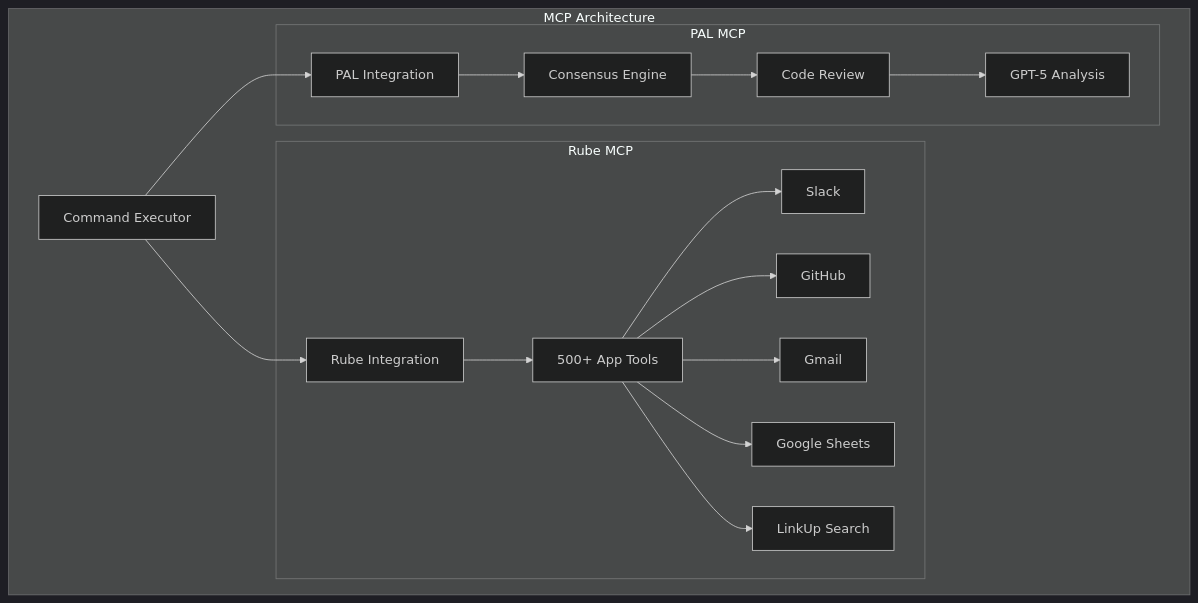
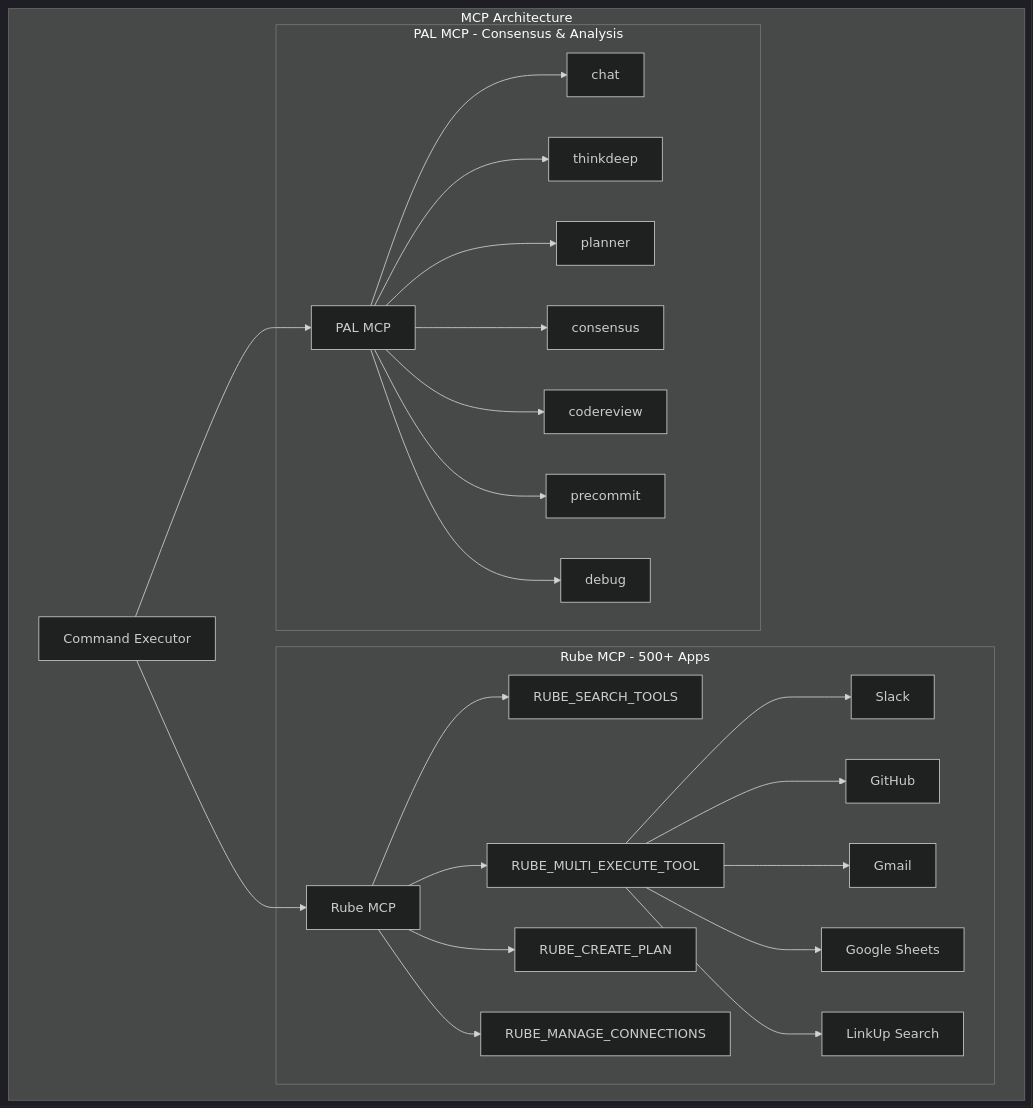
Diagram 11 of 15 in README.md (Tony363/SuperClaude), drawn with Mermaid (dark theme) before and after one commit. The commit also changed other lines of this file and 10 other files, not shown here.

First line of the commit message:
feat: simplify to Python 3.10, add PAL MCP review, update README

````diff
--- a/README.md
+++ b/README.md
@@ -492,24 +445,32 @@
 ```mermaid
 graph TB
     subgraph "MCP Architecture"
         Executor[Command Executor]
 
-        Executor --> RubeInt[Rube Integration]
-        Executor --> PALInt[PAL Integration]
+        Executor --> RubeInt[Rube MCP]
+        Executor --> PALInt[PAL MCP]
 
-        subgraph "Rube MCP"
-            RubeInt --> Tools[500+ App Tools]
-            Tools --> Slack[Slack]
-            Tools --> GitHub[GitHub]
-            Tools --> Gmail[Gmail]
-            Tools --> Sheets[Google Sheets]
-            Tools --> LinkUp[LinkUp Search]
+        subgraph "Rube MCP - 500+ Apps"
+            RubeInt --> Search[RUBE_SEARCH_TOOLS]
+            RubeInt --> Execute[RUBE_MULTI_EXECUTE_TOOL]
+            RubeInt --> Plan[RUBE_CREATE_PLAN]
+            RubeInt --> Connect[RUBE_MANAGE_CONNECTIONS]
+
+            Execute --> Slack[Slack]
+            Execute --> GitHub[GitHub]
+            Execute --> Gmail[Gmail]
+            Execute --> Sheets[Google Sheets]
+            Execute --> LinkUp[LinkUp Search]
         end
 
-        subgraph "PAL MCP"
-            PALInt --> Consensus[Consensus Engine]
-            Consensus --> Review[Code Review]
-            Review --> GPT5[GPT-5 Analysis]
+        subgraph "PAL MCP - Consensus & Analysis"
+            PALInt --> Chat[chat]
+            PALInt --> Think[thinkdeep]
+            PALInt --> Plan2[planner]
+            PALInt --> Consensus[consensus]
+            PALInt --> CodeRev[codereview]
+            PALInt --> PreCommit[precommit]
+            PALInt --> Debug[debug]
         end
     end
 ```
````
